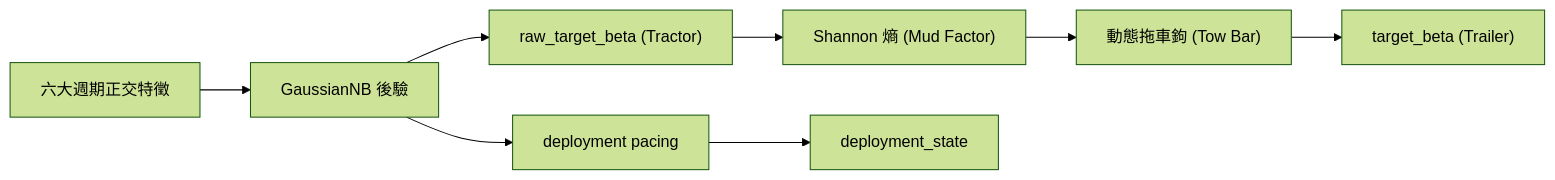
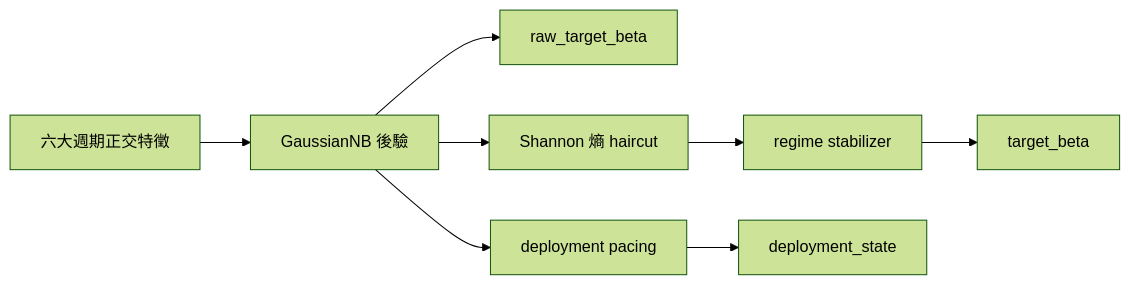
The second of 3 diagrams in docs/core/WIKI_TC.md (yutaofr/qqq-buyer-monitor), drawn with Mermaid (forest theme) before and after one commit. The commit also changed other lines of this file, not shown here.

````diff
--- a/docs/core/WIKI_TC.md
+++ b/docs/core/WIKI_TC.md
@@ -63,10 +62,10 @@
 ```mermaid
 flowchart LR
     A[六大週期正交特徵] --> B[GaussianNB 後驗]
-    B --> C["raw_target_beta (Tractor)"]
-    C --> D["Shannon 熵 (Mud Factor)"]
-    D --> E["動態拖車鉤 (Tow Bar)"]
-    E --> F["target_beta (Trailer)"]
+    B --> C[raw_target_beta]
+    B --> D[Shannon 熵 haircut]
+    D --> E[regime stabilizer]
+    E --> F[target_beta]
     B --> G[deployment pacing]
     G --> H[deployment_state]
 ```
````
